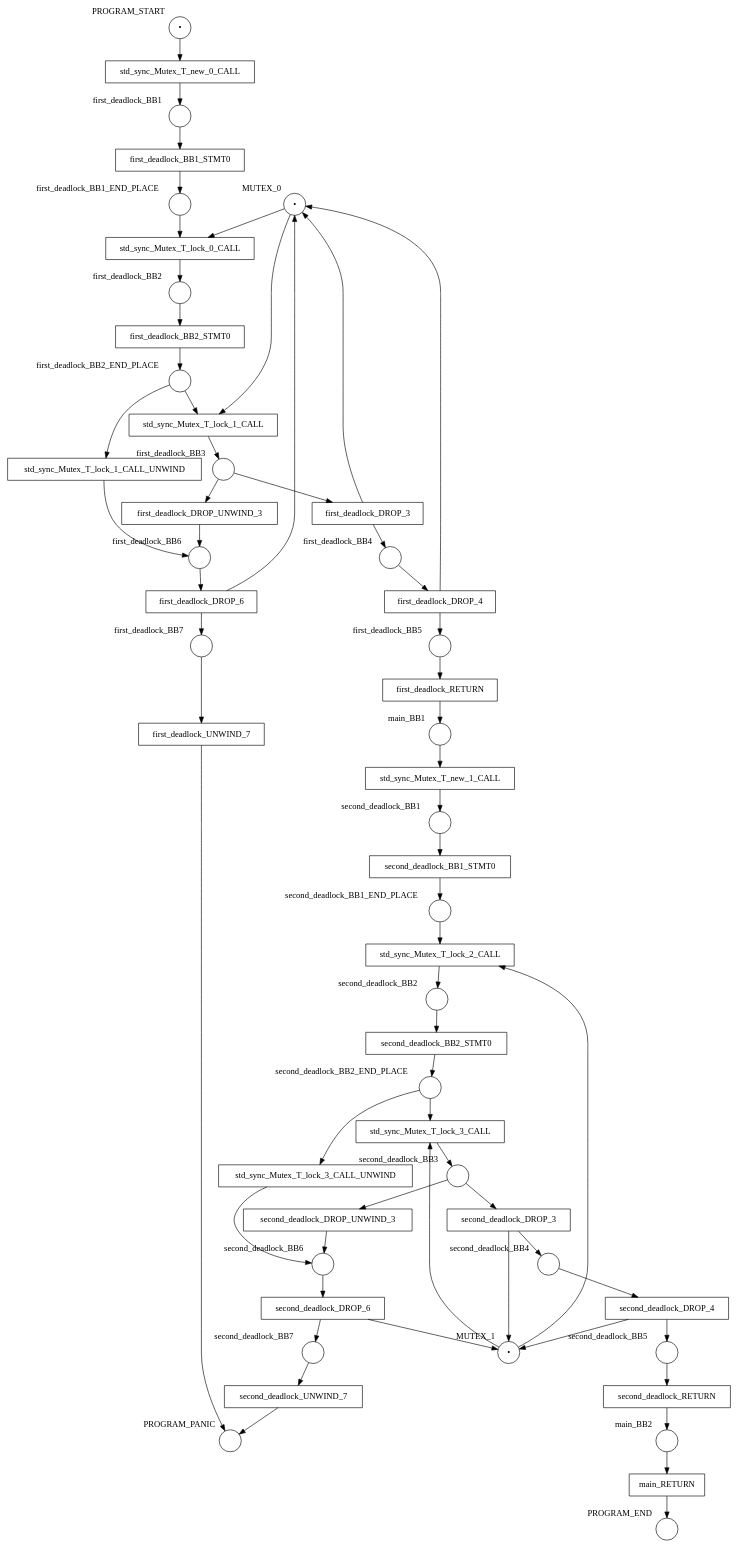
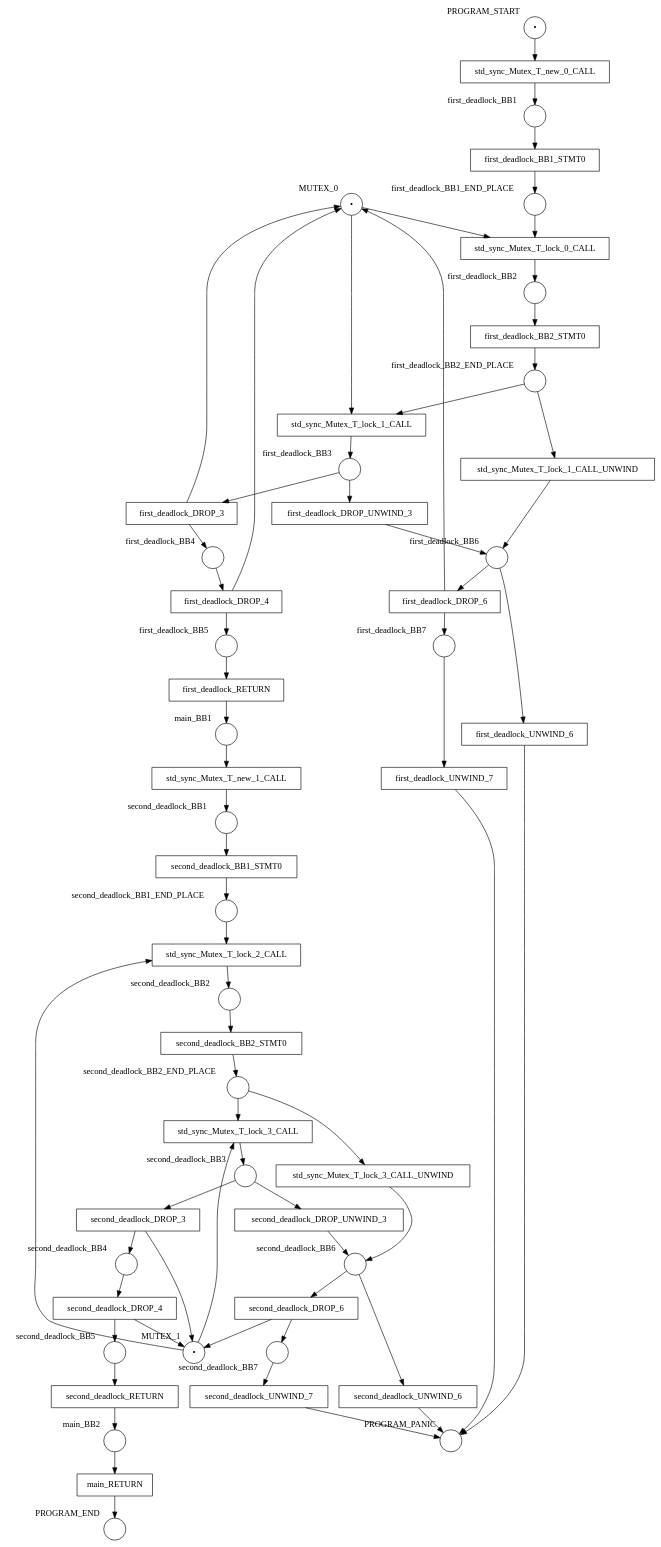
The diagram in examples/results/mutex/double_lock_deadlock_in_function/net.dot (hlisdero/cargo-check-deadlock), drawn with Graphviz before and after one commit. The commit also changed 26 other files, not shown here.

```diff
--- a/examples/results/mutex/double_lock_deadlock_in_function/net.dot
+++ b/examples/results/mutex/double_lock_deadlock_in_function/net.dot
@@ -1,112 +1,118 @@
 digraph petrinet {
     MUTEX_0 [shape="circle" xlabel="MUTEX_0" label="•"];
     MUTEX_1 [shape="circle" xlabel="MUTEX_1" label="•"];
     PROGRAM_END [shape="circle" xlabel="PROGRAM_END" label=""];
     PROGRAM_PANIC [shape="circle" xlabel="PROGRAM_PANIC" label=""];
     PROGRAM_START [shape="circle" xlabel="PROGRAM_START" label="•"];
     first_deadlock_BB1 [shape="circle" xlabel="first_deadlock_BB1" label=""];
     first_deadlock_BB1_END_PLACE [shape="circle" xlabel="first_deadlock_BB1_END_PLACE" label=""];
     first_deadlock_BB2 [shape="circle" xlabel="first_deadlock_BB2" label=""];
     first_deadlock_BB2_END_PLACE [shape="circle" xlabel="first_deadlock_BB2_END_PLACE" label=""];
     first_deadlock_BB3 [shape="circle" xlabel="first_deadlock_BB3" label=""];
     first_deadlock_BB4 [shape="circle" xlabel="first_deadlock_BB4" label=""];
     first_deadlock_BB5 [shape="circle" xlabel="first_deadlock_BB5" label=""];
     first_deadlock_BB6 [shape="circle" xlabel="first_deadlock_BB6" label=""];
     first_deadlock_BB7 [shape="circle" xlabel="first_deadlock_BB7" label=""];
     main_BB1 [shape="circle" xlabel="main_BB1" label=""];
     main_BB2 [shape="circle" xlabel="main_BB2" label=""];
     second_deadlock_BB1 [shape="circle" xlabel="second_deadlock_BB1" label=""];
     second_deadlock_BB1_END_PLACE [shape="circle" xlabel="second_deadlock_BB1_END_PLACE" label=""];
     second_deadlock_BB2 [shape="circle" xlabel="second_deadlock_BB2" label=""];
     second_deadlock_BB2_END_PLACE [shape="circle" xlabel="second_deadlock_BB2_END_PLACE" label=""];
     second_deadlock_BB3 [shape="circle" xlabel="second_deadlock_BB3" label=""];
     second_deadlock_BB4 [shape="circle" xlabel="second_deadlock_BB4" label=""];
     second_deadlock_BB5 [shape="circle" xlabel="second_deadlock_BB5" label=""];
     second_deadlock_BB6 [shape="circle" xlabel="second_deadlock_BB6" label=""];
     second_deadlock_BB7 [shape="circle" xlabel="second_deadlock_BB7" label=""];
     first_deadlock_BB1_STMT0 [shape="box" xlabel="" label="first_deadlock_BB1_STMT0"];
     first_deadlock_BB2_STMT0 [shape="box" xlabel="" label="first_deadlock_BB2_STMT0"];
     first_deadlock_DROP_3 [shape="box" xlabel="" label="first_deadlock_DROP_3"];
     first_deadlock_DROP_4 [shape="box" xlabel="" label="first_deadlock_DROP_4"];
     first_deadlock_DROP_6 [shape="box" xlabel="" label="first_deadlock_DROP_6"];
     first_deadlock_DROP_UNWIND_3 [shape="box" xlabel="" label="first_deadlock_DROP_UNWIND_3"];
     first_deadlock_RETURN [shape="box" xlabel="" label="first_deadlock_RETURN"];
+    first_deadlock_UNWIND_6 [shape="box" xlabel="" label="first_deadlock_UNWIND_6"];
     first_deadlock_UNWIND_7 [shape="box" xlabel="" label="first_deadlock_UNWIND_7"];
     main_RETURN [shape="box" xlabel="" label="main_RETURN"];
     second_deadlock_BB1_STMT0 [shape="box" xlabel="" label="second_deadlock_BB1_STMT0"];
     second_deadlock_BB2_STMT0 [shape="box" xlabel="" label="second_deadlock_BB2_STMT0"];
     second_deadlock_DROP_3 [shape="box" xlabel="" label="second_deadlock_DROP_3"];
     second_deadlock_DROP_4 [shape="box" xlabel="" label="second_deadlock_DROP_4"];
     second_deadlock_DROP_6 [shape="box" xlabel="" label="second_deadlock_DROP_6"];
     second_deadlock_DROP_UNWIND_3 [shape="box" xlabel="" label="second_deadlock_DROP_UNWIND_3"];
     second_deadlock_RETURN [shape="box" xlabel="" label="second_deadlock_RETURN"];
+    second_deadlock_UNWIND_6 [shape="box" xlabel="" label="second_deadlock_UNWIND_6"];
     second_deadlock_UNWIND_7 [shape="box" xlabel="" label="second_deadlock_UNWIND_7"];
     std_sync_Mutex_T_lock_0_CALL [shape="box" xlabel="" label="std_sync_Mutex_T_lock_0_CALL"];
     std_sync_Mutex_T_lock_1_CALL [shape="box" xlabel="" label="std_sync_Mutex_T_lock_1_CALL"];
     std_sync_Mutex_T_lock_1_CALL_UNWIND [shape="box" xlabel="" label="std_sync_Mutex_T_lock_1_CALL_UNWIND"];
     std_sync_Mutex_T_lock_2_CALL [shape="box" xlabel="" label="std_sync_Mutex_T_lock_2_CALL"];
     std_sync_Mutex_T_lock_3_CALL [shape="box" xlabel="" label="std_sync_Mutex_T_lock_3_CALL"];
     std_sync_Mutex_T_lock_3_CALL_UNWIND [shape="box" xlabel="" label="std_sync_Mutex_T_lock_3_CALL_UNWIND"];
     std_sync_Mutex_T_new_0_CALL [shape="box" xlabel="" label="std_sync_Mutex_T_new_0_CALL"];
     std_sync_Mutex_T_new_1_CALL [shape="box" xlabel="" label="std_sync_Mutex_T_new_1_CALL"];
     MUTEX_0 -> std_sync_Mutex_T_lock_0_CALL;
     MUTEX_0 -> std_sync_Mutex_T_lock_1_CALL;
     MUTEX_1 -> std_sync_Mutex_T_lock_2_CALL;
     MUTEX_1 -> std_sync_Mutex_T_lock_3_CALL;
     PROGRAM_START -> std_sync_Mutex_T_new_0_CALL;
     first_deadlock_BB1 -> first_deadlock_BB1_STMT0;
     first_deadlock_BB1_END_PLACE -> std_sync_Mutex_T_lock_0_CALL;
     first_deadlock_BB2 -> first_deadlock_BB2_STMT0;
     first_deadlock_BB2_END_PLACE -> std_sync_Mutex_T_lock_1_CALL;
     first_deadlock_BB2_END_PLACE -> std_sync_Mutex_T_lock_1_CALL_UNWIND;
     first_deadlock_BB3 -> first_deadlock_DROP_3;
     first_deadlock_BB3 -> first_deadlock_DROP_UNWIND_3;
     first_deadlock_BB4 -> first_deadlock_DROP_4;
     first_deadlock_BB5 -> first_deadlock_RETURN;
     first_deadlock_BB6 -> first_deadlock_DROP_6;
+    first_deadlock_BB6 -> first_deadlock_UNWIND_6;
     first_deadlock_BB7 -> first_deadlock_UNWIND_7;
     main_BB1 -> std_sync_Mutex_T_new_1_CALL;
     main_BB2 -> main_RETURN;
     second_deadlock_BB1 -> second_deadlock_BB1_STMT0;
     second_deadlock_BB1_END_PLACE -> std_sync_Mutex_T_lock_2_CALL;
     second_deadlock_BB2 -> second_deadlock_BB2_STMT0;
     second_deadlock_BB2_END_PLACE -> std_sync_Mutex_T_lock_3_CALL;
     second_deadlock_BB2_END_PLACE -> std_sync_Mutex_T_lock_3_CALL_UNWIND;
     second_deadlock_BB3 -> second_deadlock_DROP_3;
     second_deadlock_BB3 -> second_deadlock_DROP_UNWIND_3;
     second_deadlock_BB4 -> second_deadlock_DROP_4;
     second_deadlock_BB5 -> second_deadlock_RETURN;
     second_deadlock_BB6 -> second_deadlock_DROP_6;
+    second_deadlock_BB6 -> second_deadlock_UNWIND_6;
     second_deadlock_BB7 -> second_deadlock_UNWIND_7;
     first_deadlock_BB1_STMT0 -> first_deadlock_BB1_END_PLACE;
     first_deadlock_BB2_STMT0 -> first_deadlock_BB2_END_PLACE;
     first_deadlock_DROP_3 -> MUTEX_0;
     first_deadlock_DROP_3 -> first_deadlock_BB4;
     first_deadlock_DROP_4 -> MUTEX_0;
     first_deadlock_DROP_4 -> first_deadlock_BB5;
     first_deadlock_DROP_6 -> MUTEX_0;
     first_deadlock_DROP_6 -> first_deadlock_BB7;
     first_deadlock_DROP_UNWIND_3 -> first_deadlock_BB6;
     first_deadlock_RETURN -> main_BB1;
+    first_deadlock_UNWIND_6 -> PROGRAM_PANIC;
     first_deadlock_UNWIND_7 -> PROGRAM_PANIC;
     main_RETURN -> PROGRAM_END;
     second_deadlock_BB1_STMT0 -> second_deadlock_BB1_END_PLACE;
     second_deadlock_BB2_STMT0 -> second_deadlock_BB2_END_PLACE;
     second_deadlock_DROP_3 -> MUTEX_1;
     second_deadlock_DROP_3 -> second_deadlock_BB4;
     second_deadlock_DROP_4 -> MUTEX_1;
     second_deadlock_DROP_4 -> second_deadlock_BB5;
     second_deadlock_DROP_6 -> MUTEX_1;
     second_deadlock_DROP_6 -> second_deadlock_BB7;
     second_deadlock_DROP_UNWIND_3 -> second_deadlock_BB6;
     second_deadlock_RETURN -> main_BB2;
+    second_deadlock_UNWIND_6 -> PROGRAM_PANIC;
     second_deadlock_UNWIND_7 -> PROGRAM_PANIC;
     std_sync_Mutex_T_lock_0_CALL -> first_deadlock_BB2;
     std_sync_Mutex_T_lock_1_CALL -> first_deadlock_BB3;
     std_sync_Mutex_T_lock_1_CALL_UNWIND -> first_deadlock_BB6;
     std_sync_Mutex_T_lock_2_CALL -> second_deadlock_BB2;
     std_sync_Mutex_T_lock_3_CALL -> second_deadlock_BB3;
     std_sync_Mutex_T_lock_3_CALL_UNWIND -> second_deadlock_BB6;
     std_sync_Mutex_T_new_0_CALL -> first_deadlock_BB1;
     std_sync_Mutex_T_new_1_CALL -> second_deadlock_BB1;
 }
```
